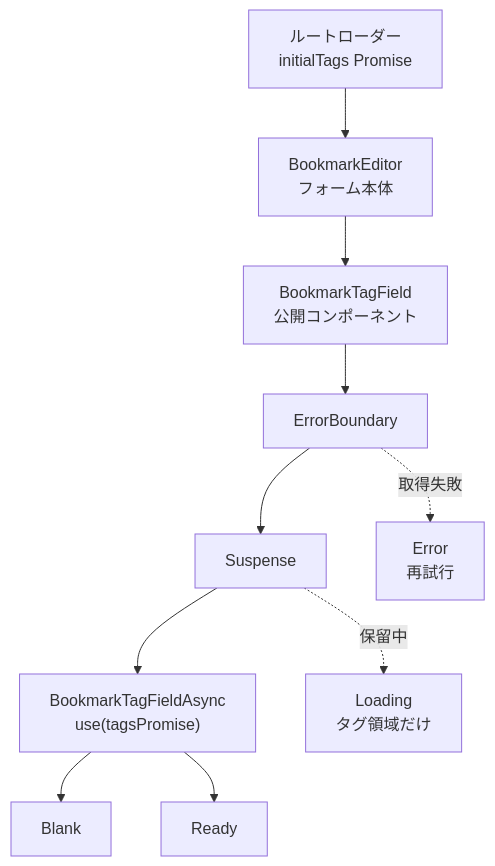
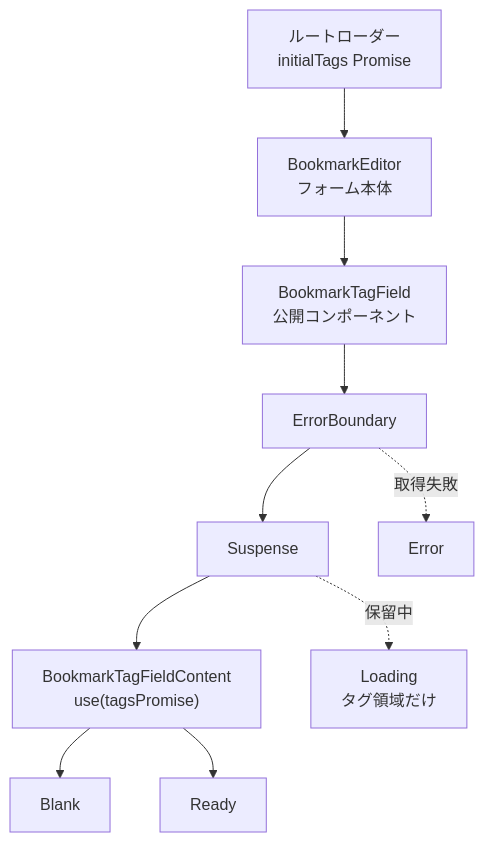
The first of 2 diagrams in docs/superpowers/specs/2026-08-04-bookmark-tag-field-suspense-design.md (koralle/pantry), drawn with Mermaid before and after one commit. The commit also changed other lines of this file and 9 other files, not shown here.

Commit message:
refactor(bookmarks): simplify suspense tag field

````diff
--- a/docs/superpowers/specs/2026-08-04-bookmark-tag-field-suspense-design.md
+++ b/docs/superpowers/specs/2026-08-04-bookmark-tag-field-suspense-design.md
@@ -43,23 +42,23 @@
 ```mermaid
 flowchart TB
   route["ルートローダー<br/>initialTags Promise"]
   editor["BookmarkEditor<br/>フォーム本体"]
   field["BookmarkTagField<br/>公開コンポーネント"]
   boundary["ErrorBoundary"]
   suspense["Suspense"]
-  async["BookmarkTagFieldAsync<br/>use(tagsPromise)"]
+  content["BookmarkTagFieldContent<br/>use(tagsPromise)"]
   loading["Loading<br/>タグ領域だけ"]
-  error["Error<br/>再試行"]
+  error["Error"]
   blank["Blank"]
   ready["Ready"]
 
   route --> editor
   editor --> field
   field --> boundary
   boundary --> suspense
-  suspense --> async
+  suspense --> content
   suspense -.->|保留中| loading
-  async --> blank
-  async --> ready
+  content --> blank
+  content --> ready
   boundary -.->|取得失敗| error
 ```
````
